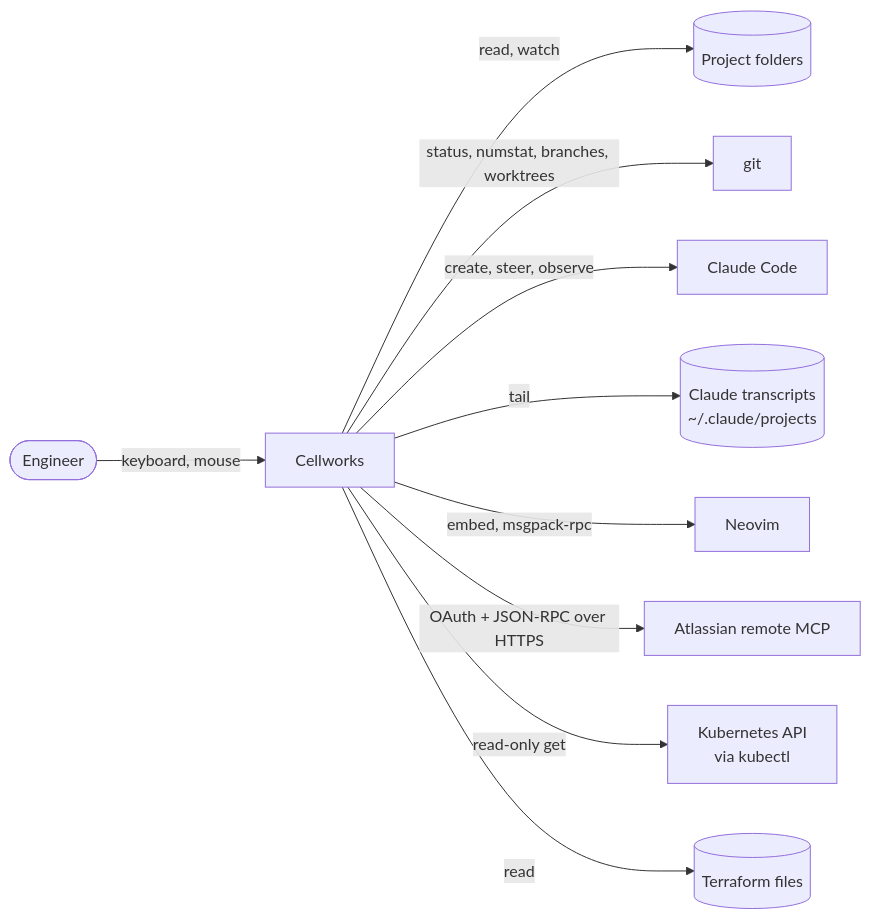
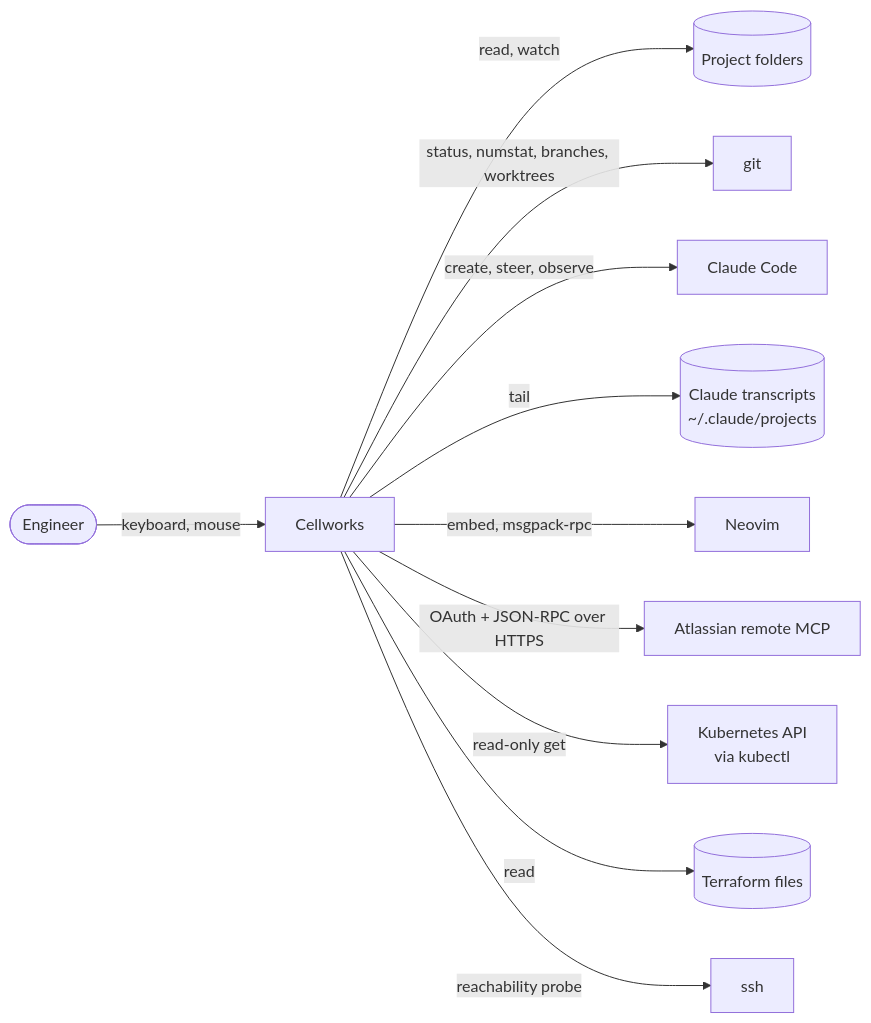
Before and after one commit to Xunrise/cellworks: the diagram in docs/arc42/03-context.md, drawn with Mermaid. The commit also changed other lines of this file and 34 other files, not shown here.

````diff
--- a/docs/arc42/03-context.md
+++ b/docs/arc42/03-context.md
@@ -7,23 +7,25 @@
 ```mermaid
 flowchart LR
   User([Engineer])
   CW[Cellworks]
   FS[(Project folders)]
   Git[git]
   CC[Claude Code]
   TR[(Claude transcripts<br/>~/.claude/projects)]
   NV[Neovim]
   AT[Atlassian remote MCP]
   K8s[Kubernetes API<br/>via kubectl]
   TF[(Terraform files)]
+  SSH[ssh]
 
   User -->|keyboard, mouse| CW
   CW -->|read, watch| FS
   CW -->|status, numstat, branches, worktrees| Git
   CW -->|create, steer, observe| CC
   CW -->|tail| TR
   CW -->|embed, msgpack-rpc| NV
   CW -->|OAuth + JSON-RPC over HTTPS| AT
   CW -->|read-only get| K8s
   CW -->|read| TF
+  CW -->|reachability probe| SSH
 ```
````
